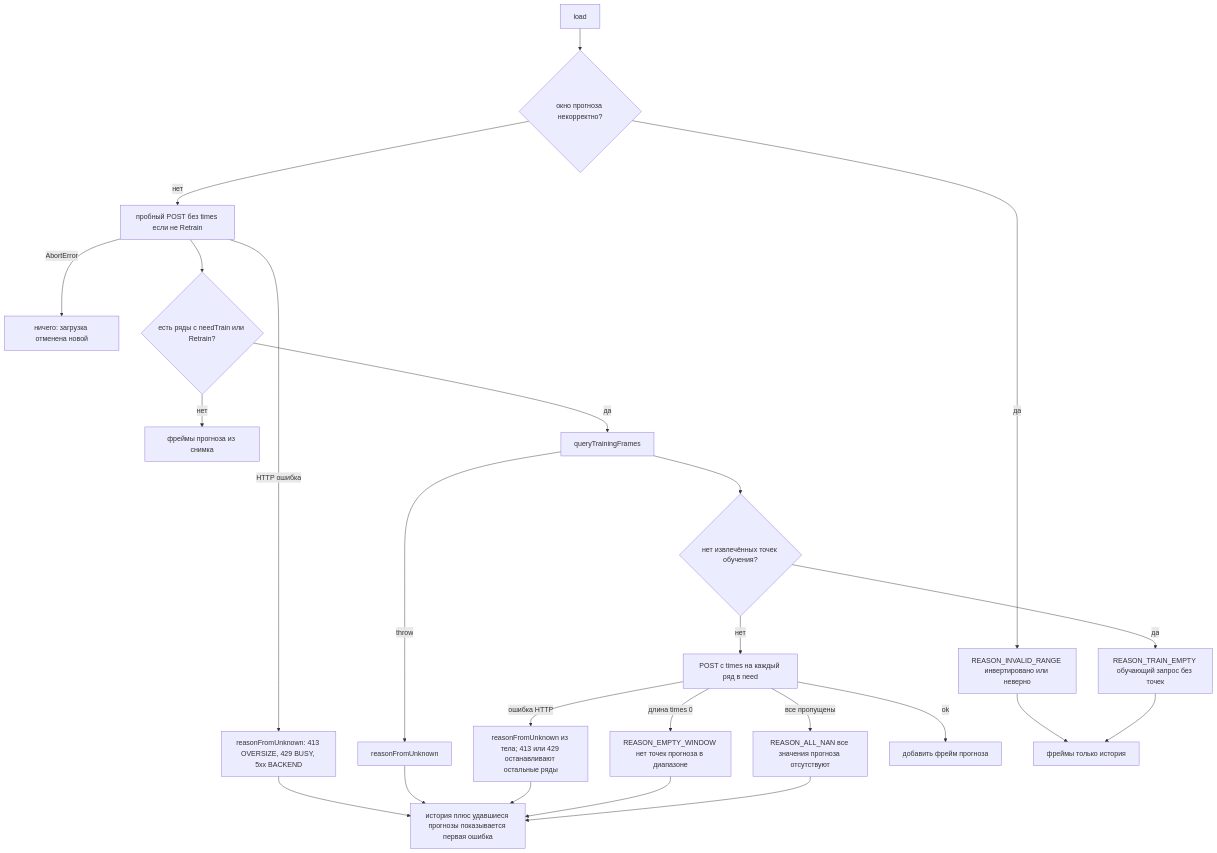
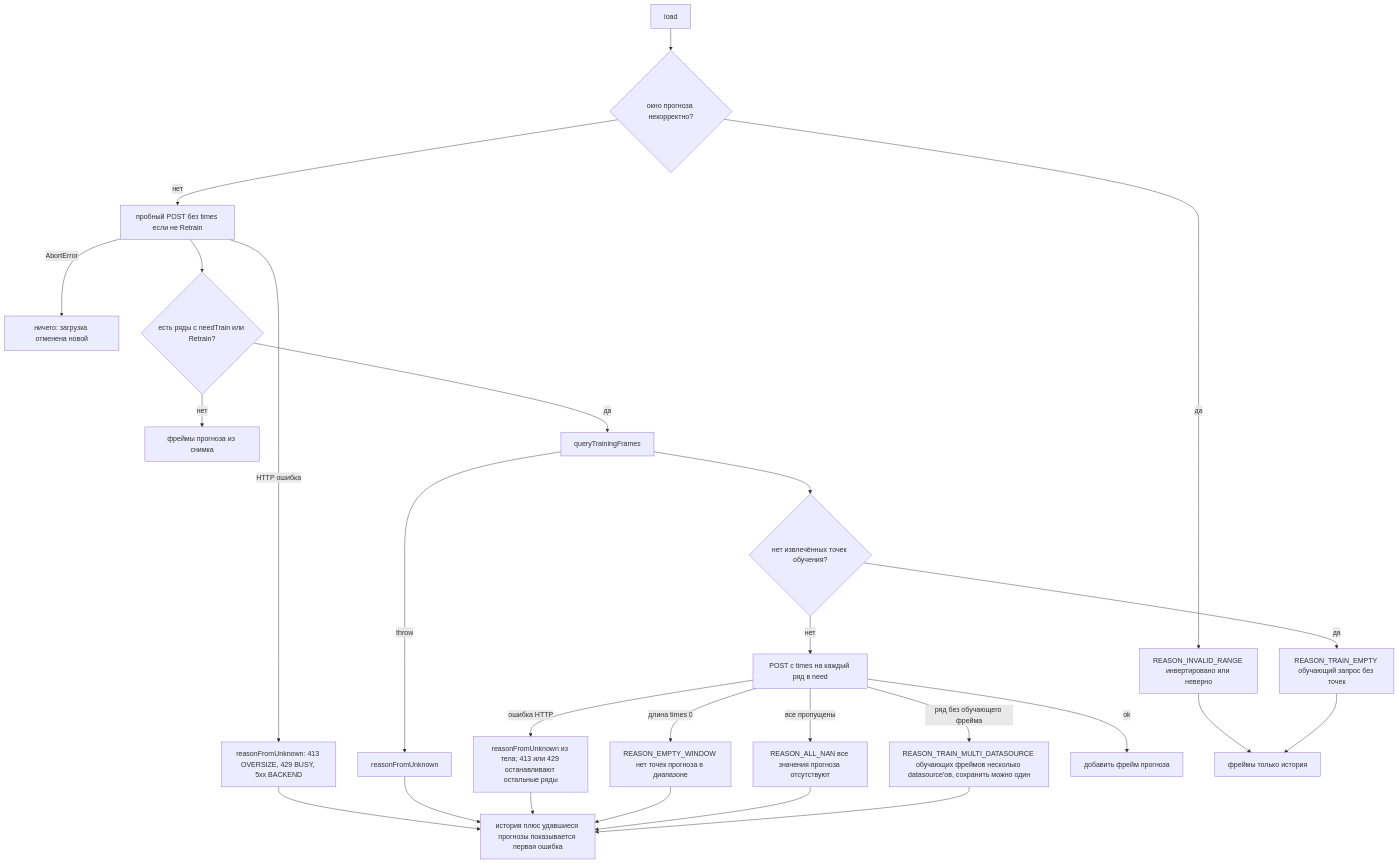
One commit to eduard-kolotushin/timeseries-grafana changed the diagram in diagrams/10-failure-reasons.md. Above: the diagram before and after it, drawn with Mermaid. The commit also changed other lines of this file and 30 other files, not shown here.

````diff
--- a/diagrams/10-failure-reasons.md
+++ b/diagrams/10-failure-reasons.md
@@ -15,26 +17,28 @@
 ```mermaid
 flowchart TD
   Start["load"] --> Inv{"окно прогноза некорректно?"}
   Inv -->|да| R1["REASON_INVALID_RANGE инвертировано или неверно"]
   Inv -->|нет| Probe["пробный POST без times если не Retrain"]
   Probe -->|HTTP ошибка| R2["reasonFromUnknown: 413 OVERSIZE, 429 BUSY, 5xx BACKEND"]
   Probe -->|AbortError| Drop["ничего: загрузка отменена новой"]
   Probe --> Need{"есть ряды с needTrain или Retrain?"}
   Need -->|нет| Draw["фреймы прогноза из снимка"]
   Need -->|да| TQ["queryTrainingFrames"]
   TQ -->|throw| R3["reasonFromUnknown"]
   TQ --> Empty{"нет извлечённых точек обучения?"}
   Empty -->|да| R4["REASON_TRAIN_EMPTY обучающий запрос без точек"]
   Empty -->|нет| Loop["POST с times на каждый ряд в need"]
   Loop -->|ошибка HTTP| R5["reasonFromUnknown из тела; 413 или 429 останавливают остальные ряды"]
+  Loop -->|ряд без обучающего фрейма| R8["REASON_TRAIN_MULTI_DATASOURCE обучающих фреймов несколько datasource'ов, сохранить можно один"]
   Loop -->|длина times 0| R6["REASON_EMPTY_WINDOW нет точек прогноза в диапазоне"]
   Loop -->|все пропущены| R7["REASON_ALL_NAN все значения прогноза отсутствуют"]
   Loop -->|ok| Draw2["добавить фрейм прогноза"]
   R1 --> Hist["фреймы только история"]
   R2 --> Partial["история плюс удавшиеся прогнозы показывается первая ошибка"]
   R3 --> Partial
   R4 --> Hist
   R5 --> Partial
   R6 --> Partial
   R7 --> Partial
+  R8 --> Partial
 ```
````
